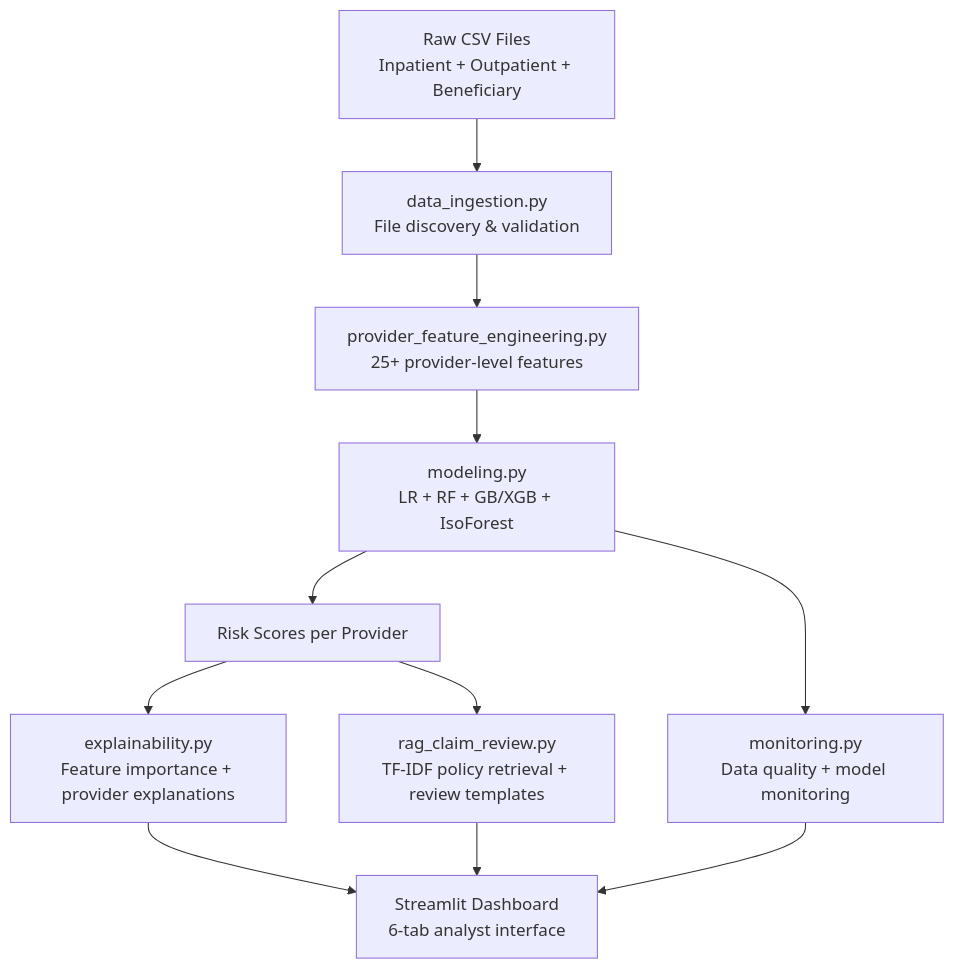
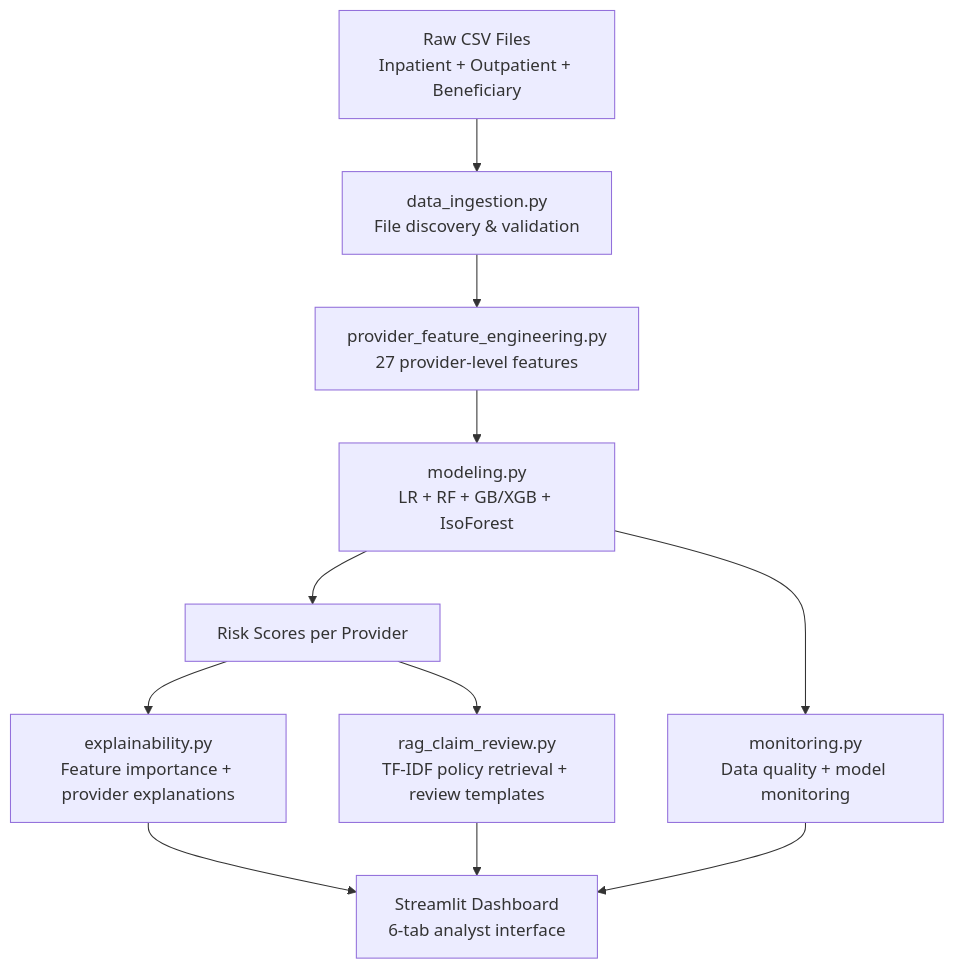
The diagram in README.md (bobaoxu2001/Insurance-FWA-Risk-Scoring-GenAI-Claims-Review-System), drawn with Mermaid before and after one commit. The commit also changed other lines of this file and 4 other files, not shown here.

````diff
--- a/README.md
+++ b/README.md
@@ -154,13 +154,13 @@
 ```mermaid
 graph TD
     A[Raw CSV Files<br>Inpatient + Outpatient + Beneficiary] --> B[data_ingestion.py<br>File discovery & validation]
-    B --> C[provider_feature_engineering.py<br>25+ provider-level features]
+    B --> C[provider_feature_engineering.py<br>27 provider-level features]
     C --> D[modeling.py<br>LR + RF + GB/XGB + IsoForest]
     D --> E[Risk Scores per Provider]
     E --> F[explainability.py<br>Feature importance + provider explanations]
     E --> G[rag_claim_review.py<br>TF-IDF policy retrieval + review templates]
     D --> H[monitoring.py<br>Data quality + model monitoring]
     F --> I[Streamlit Dashboard<br>6-tab analyst interface]
     G --> I
     H --> I
 ```
````
